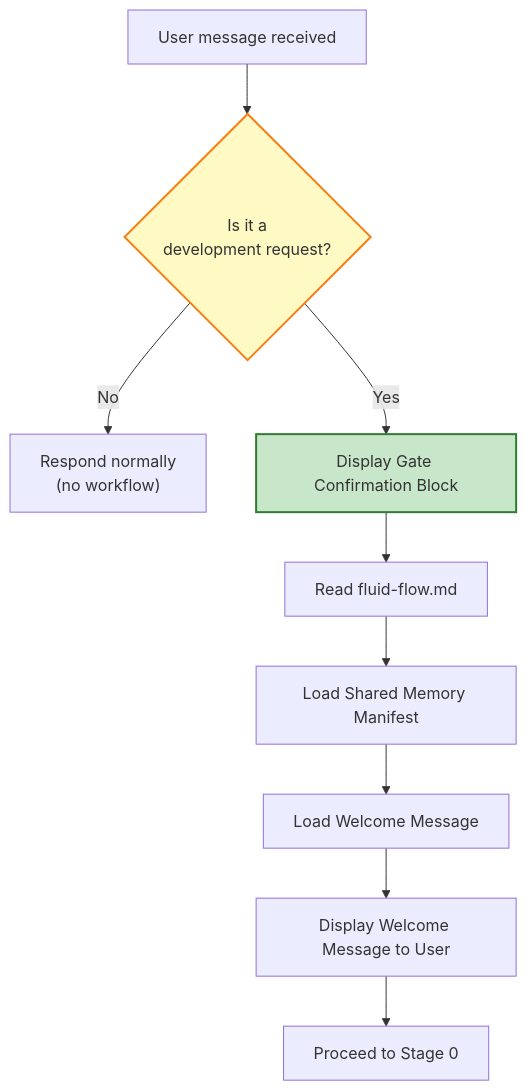
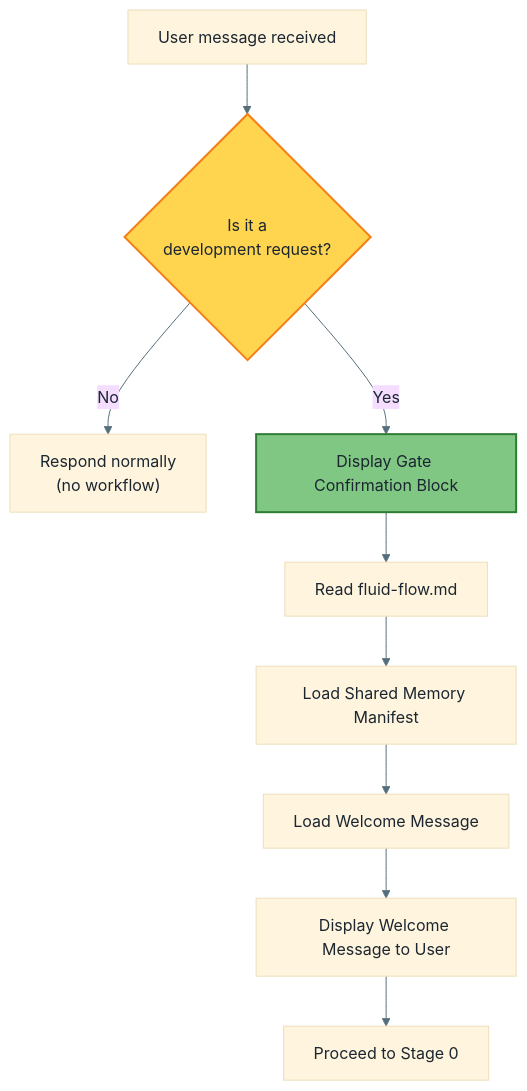
One commit to premkumarjanagarajan/fluid-flow-ai changed the second of 26 diagrams in docs/WORKFLOW-FULL-DETAILED.md. Above: the diagram before and after it, drawn with Mermaid. The commit also changed other lines of this file, not shown here.

First line of the commit message:
Fix mermaid diagram colors for dark/light theme compatibility

````diff
--- a/docs/WORKFLOW-FULL-DETAILED.md
+++ b/docs/WORKFLOW-FULL-DETAILED.md
@@ -130,14 +141,15 @@
 ```mermaid
+%%{init: {'theme': 'base', 'themeVariables': {'primaryTextColor': '#1B2631', 'lineColor': '#546E7A', 'textColor': '#1B2631'}}}%%
 flowchart TD
     A["User message received"] --> B{"Is it a<br/>development request?"}
     B -->|No| C["Respond normally<br/>(no workflow)"]
     B -->|Yes| D["Display Gate Confirmation Block"]
     D --> E["Read fluid-flow.md"]
     E --> F["Load Shared Memory Manifest"]
     F --> G["Load Welcome Message"]
     G --> H["Display Welcome Message to User"]
     H --> I["Proceed to Stage 0"]
 
-    style B fill:#FFF9C4,stroke:#F57F17,stroke-width:2px
-    style D fill:#C8E6C9,stroke:#2E7D32,stroke-width:2px
+    style B fill:#FFD54F,stroke:#F57F17,stroke-width:2px
+    style D fill:#81C784,stroke:#2E7D32,stroke-width:2px
 ```
````
